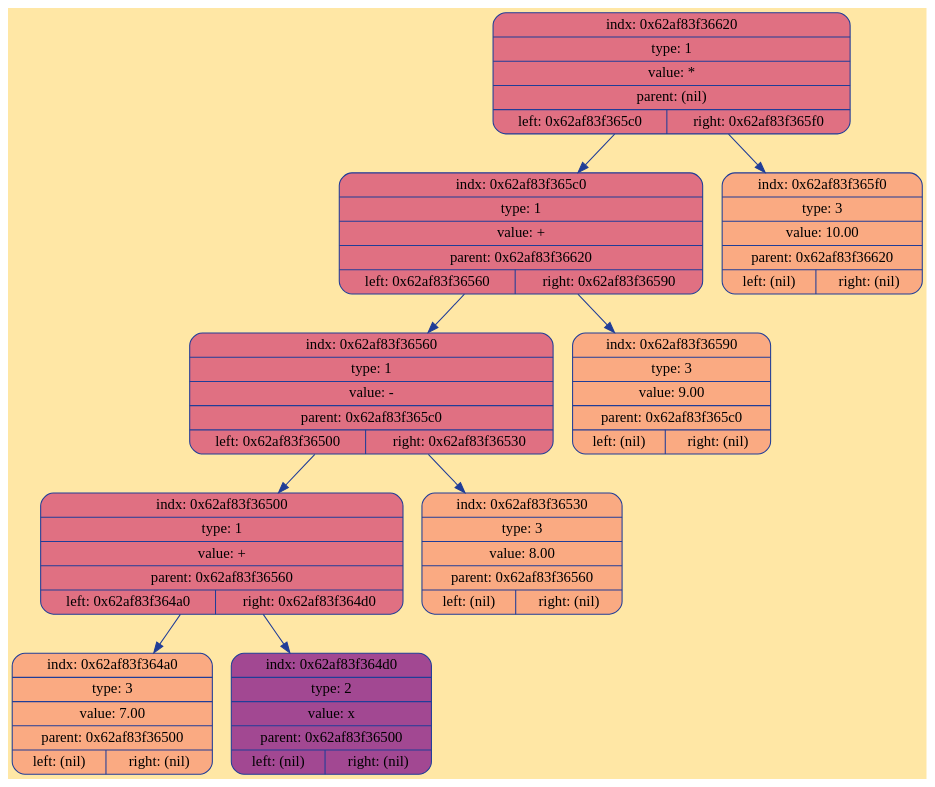
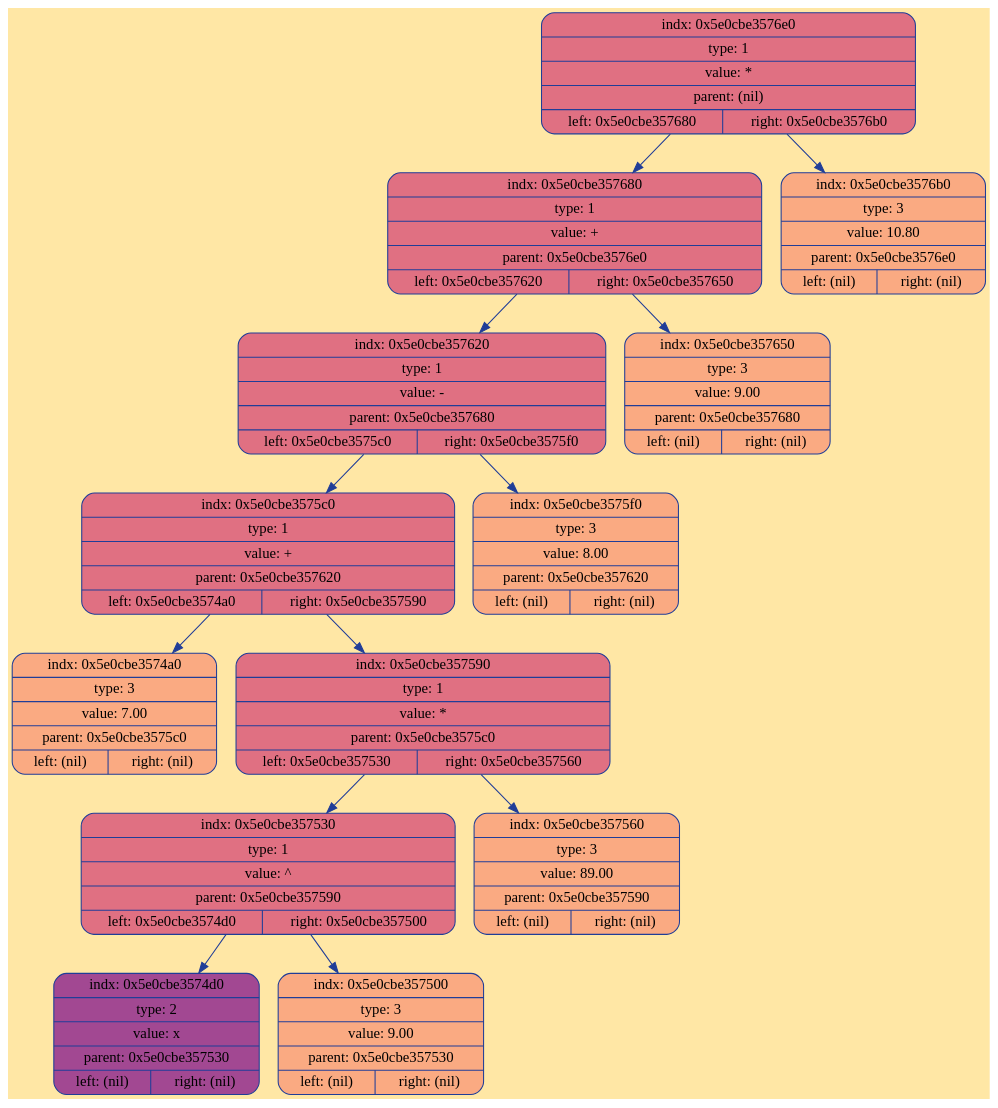
Before and after one commit to ksshkh/differentiator: the diagram in debug/tree.dot, drawn with Graphviz. The commit also changed 5 other files, not shown here.

```diff
--- a/debug/tree.dot
+++ b/debug/tree.dot
@@ -1,23 +1,31 @@
 digraph Tree {
 	rankdir = TB;
 	node [shape = record];
 	edge [color = "#203D98"];
 	bgcolor = "#FFE7A5";
-	node0x62af83f36620 [color = "#203D98", shape = Mrecord, style = filled, fillcolor = "#E07082", label = "{indx: 0x62af83f36620 | type: 1 | value: * | parent: (nil) | { left: 0x62af83f365c0 | right: 0x62af83f365f0}}"];
-		node0x62af83f36620 -> node0x62af83f365c0
-	node0x62af83f365c0 [color = "#203D98", shape = Mrecord, style = filled, fillcolor = "#E07082", label = "{indx: 0x62af83f365c0 | type: 1 | value: + | parent: 0x62af83f36620 | { left: 0x62af83f36560 | right: 0x62af83f36590}}"];
-		node0x62af83f365c0 -> node0x62af83f36560
-	node0x62af83f36560 [color = "#203D98", shape = Mrecord, style = filled, fillcolor = "#E07082", label = "{indx: 0x62af83f36560 | type: 1 | value: - | parent: 0x62af83f365c0 | { left: 0x62af83f36500 | right: 0x62af83f36530}}"];
-		node0x62af83f36560 -> node0x62af83f36500
-	node0x62af83f36500 [color = "#203D98", shape = Mrecord, style = filled, fillcolor = "#E07082", label = "{indx: 0x62af83f36500 | type: 1 | value: + | parent: 0x62af83f36560 | { left: 0x62af83f364a0 | right: 0x62af83f364d0}}"];
-		node0x62af83f36500 -> node0x62af83f364a0
-	node0x62af83f364a0 [color = "#203D98", shape = Mrecord, style = filled, fillcolor = "#FAAA82", label = "{indx: 0x62af83f364a0 | type: 3 | value: 7.00 | parent: 0x62af83f36500 | { left: (nil) | right: (nil)}}"];
-		node0x62af83f36500 -> node0x62af83f364d0
-	node0x62af83f364d0 [color = "#203D98", shape = Mrecord, style = filled, fillcolor = "#A24892", label = "{indx: 0x62af83f364d0 | type: 2 | value: x | parent: 0x62af83f36500 | { left: (nil) | right: (nil)}}"];
-		node0x62af83f36560 -> node0x62af83f36530
-	node0x62af83f36530 [color = "#203D98", shape = Mrecord, style = filled, fillcolor = "#FAAA82", label = "{indx: 0x62af83f36530 | type: 3 | value: 8.00 | parent: 0x62af83f36560 | { left: (nil) | right: (nil)}}"];
-		node0x62af83f365c0 -> node0x62af83f36590
-	node0x62af83f36590 [color = "#203D98", shape = Mrecord, style = filled, fillcolor = "#FAAA82", label = "{indx: 0x62af83f36590 | type: 3 | value: 9.00 | parent: 0x62af83f365c0 | { left: (nil) | right: (nil)}}"];
-		node0x62af83f36620 -> node0x62af83f365f0
-	node0x62af83f365f0 [color = "#203D98", shape = Mrecord, style = filled, fillcolor = "#FAAA82", label = "{indx: 0x62af83f365f0 | type: 3 | value: 10.00 | parent: 0x62af83f36620 | { left: (nil) | right: (nil)}}"];
+	node0x5e0cbe3576e0 [color = "#203D98", shape = Mrecord, style = filled, fillcolor = "#E07082", label = "{indx: 0x5e0cbe3576e0 | type: 1 | value: * | parent: (nil) | { left: 0x5e0cbe357680 | right: 0x5e0cbe3576b0}}"];
+		node0x5e0cbe3576e0 -> node0x5e0cbe357680
+	node0x5e0cbe357680 [color = "#203D98", shape = Mrecord, style = filled, fillcolor = "#E07082", label = "{indx: 0x5e0cbe357680 | type: 1 | value: + | parent: 0x5e0cbe3576e0 | { left: 0x5e0cbe357620 | right: 0x5e0cbe357650}}"];
+		node0x5e0cbe357680 -> node0x5e0cbe357620
+	node0x5e0cbe357620 [color = "#203D98", shape = Mrecord, style = filled, fillcolor = "#E07082", label = "{indx: 0x5e0cbe357620 | type: 1 | value: - | parent: 0x5e0cbe357680 | { left: 0x5e0cbe3575c0 | right: 0x5e0cbe3575f0}}"];
+		node0x5e0cbe357620 -> node0x5e0cbe3575c0
+	node0x5e0cbe3575c0 [color = "#203D98", shape = Mrecord, style = filled, fillcolor = "#E07082", label = "{indx: 0x5e0cbe3575c0 | type: 1 | value: + | parent: 0x5e0cbe357620 | { left: 0x5e0cbe3574a0 | right: 0x5e0cbe357590}}"];
+		node0x5e0cbe3575c0 -> node0x5e0cbe3574a0
+	node0x5e0cbe3574a0 [color = "#203D98", shape = Mrecord, style = filled, fillcolor = "#FAAA82", label = "{indx: 0x5e0cbe3574a0 | type: 3 | value: 7.00 | parent: 0x5e0cbe3575c0 | { left: (nil) | right: (nil)}}"];
+		node0x5e0cbe3575c0 -> node0x5e0cbe357590
+	node0x5e0cbe357590 [color = "#203D98", shape = Mrecord, style = filled, fillcolor = "#E07082", label = "{indx: 0x5e0cbe357590 | type: 1 | value: * | parent: 0x5e0cbe3575c0 | { left: 0x5e0cbe357530 | right: 0x5e0cbe357560}}"];
+		node0x5e0cbe357590 -> node0x5e0cbe357530
+	node0x5e0cbe357530 [color = "#203D98", shape = Mrecord, style = filled, fillcolor = "#E07082", label = "{indx: 0x5e0cbe357530 | type: 1 | value: ^ | parent: 0x5e0cbe357590 | { left: 0x5e0cbe3574d0 | right: 0x5e0cbe357500}}"];
+		node0x5e0cbe357530 -> node0x5e0cbe3574d0
+	node0x5e0cbe3574d0 [color = "#203D98", shape = Mrecord, style = filled, fillcolor = "#A24892", label = "{indx: 0x5e0cbe3574d0 | type: 2 | value: x | parent: 0x5e0cbe357530 | { left: (nil) | right: (nil)}}"];
+		node0x5e0cbe357530 -> node0x5e0cbe357500
+	node0x5e0cbe357500 [color = "#203D98", shape = Mrecord, style = filled, fillcolor = "#FAAA82", label = "{indx: 0x5e0cbe357500 | type: 3 | value: 9.00 | parent: 0x5e0cbe357530 | { left: (nil) | right: (nil)}}"];
+		node0x5e0cbe357590 -> node0x5e0cbe357560
+	node0x5e0cbe357560 [color = "#203D98", shape = Mrecord, style = filled, fillcolor = "#FAAA82", label = "{indx: 0x5e0cbe357560 | type: 3 | value: 89.00 | parent: 0x5e0cbe357590 | { left: (nil) | right: (nil)}}"];
+		node0x5e0cbe357620 -> node0x5e0cbe3575f0
+	node0x5e0cbe3575f0 [color = "#203D98", shape = Mrecord, style = filled, fillcolor = "#FAAA82", label = "{indx: 0x5e0cbe3575f0 | type: 3 | value: 8.00 | parent: 0x5e0cbe357620 | { left: (nil) | right: (nil)}}"];
+		node0x5e0cbe357680 -> node0x5e0cbe357650
+	node0x5e0cbe357650 [color = "#203D98", shape = Mrecord, style = filled, fillcolor = "#FAAA82", label = "{indx: 0x5e0cbe357650 | type: 3 | value: 9.00 | parent: 0x5e0cbe357680 | { left: (nil) | right: (nil)}}"];
+		node0x5e0cbe3576e0 -> node0x5e0cbe3576b0
+	node0x5e0cbe3576b0 [color = "#203D98", shape = Mrecord, style = filled, fillcolor = "#FAAA82", label = "{indx: 0x5e0cbe3576b0 | type: 3 | value: 10.80 | parent: 0x5e0cbe3576e0 | { left: (nil) | right: (nil)}}"];
 }
```
